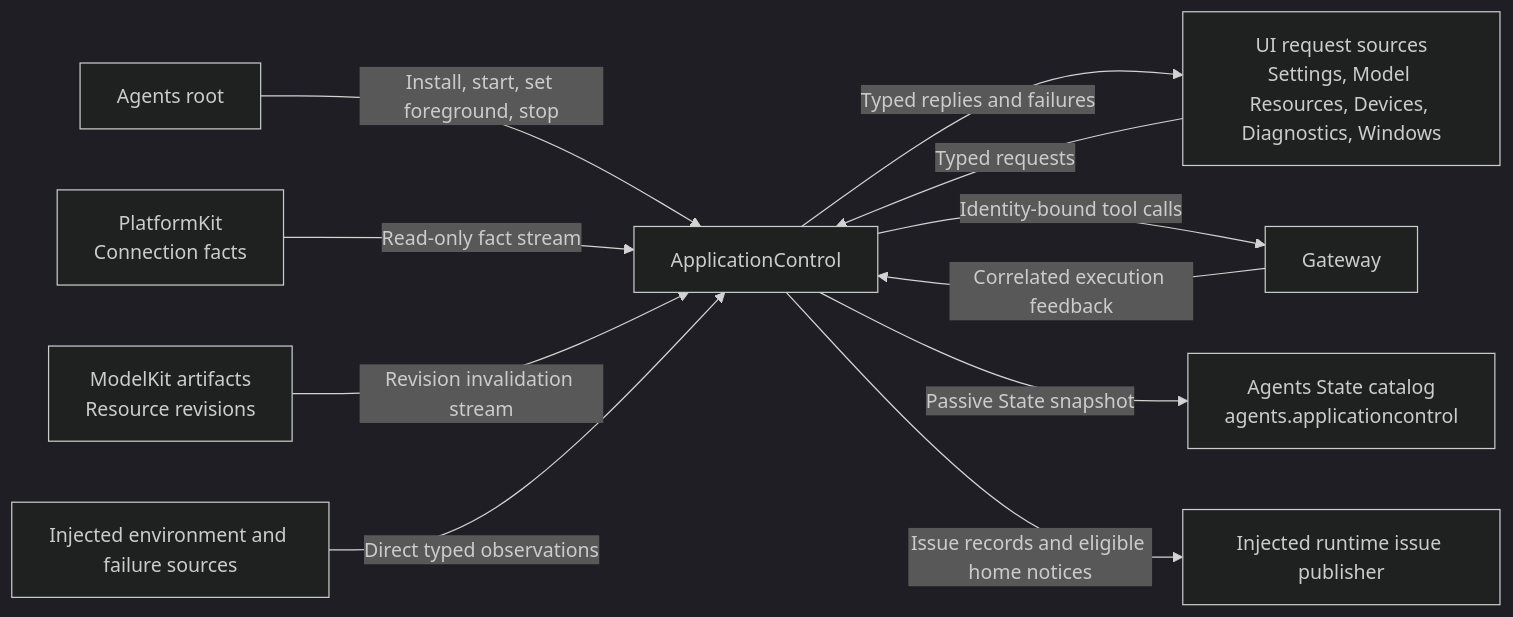
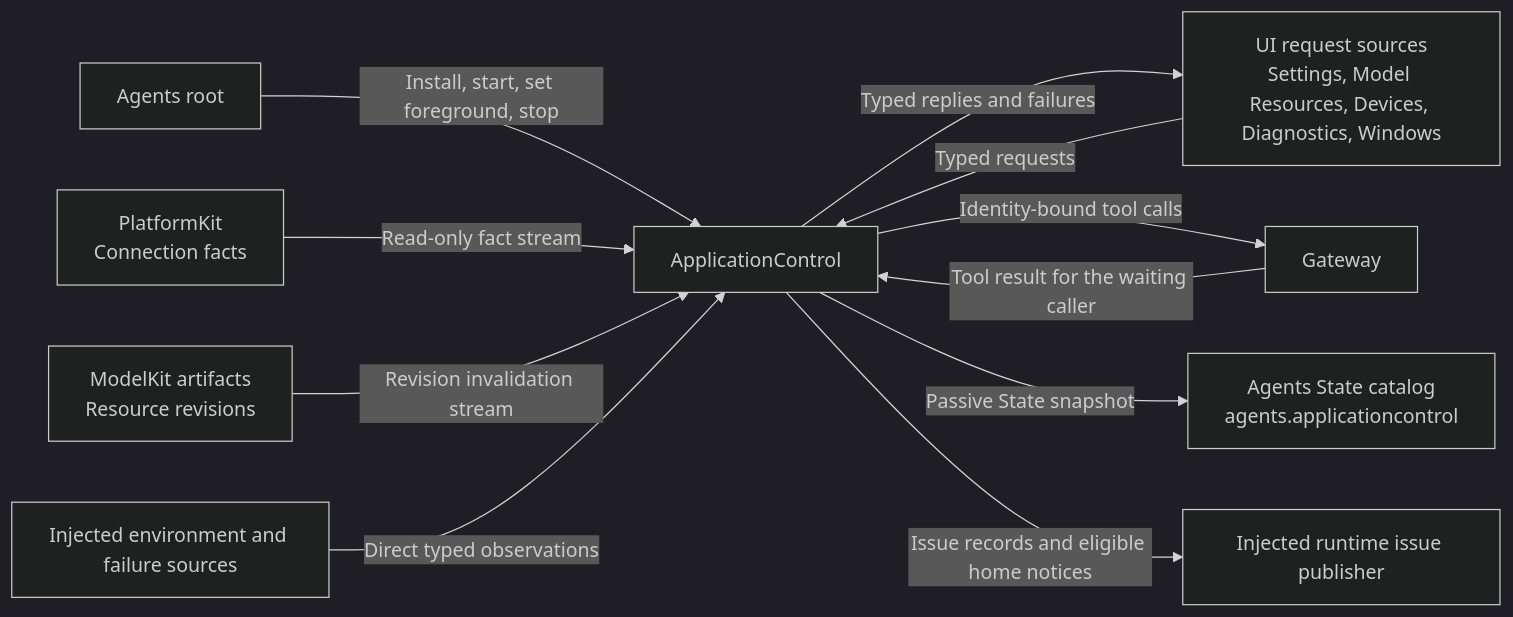
Before and after one commit to devilyouwei/MobileHarness: the first of 2 diagrams in MobileHarness/Agents/ApplicationControl/README.md, drawn with Mermaid (dark theme). The commit also changed other lines of this file and 63 other files, not shown here.

````diff
--- a/MobileHarness/Agents/ApplicationControl/README.md
+++ b/MobileHarness/Agents/ApplicationControl/README.md
@@ -9,23 +9,23 @@
 ```mermaid
 flowchart LR
     Host["Agents root"]
     UI["UI request sources<br/>Settings, Model Resources, Devices, Diagnostics, Windows"]
     Platform["PlatformKit<br/>Connection facts"]
     Model["ModelKit artifacts<br/>Resource revisions"]
     Runtime["Injected environment and failure sources"]
     Control["ApplicationControl"]
     Gateway["Gateway"]
     Readers["Agents State catalog<br/>agents.applicationcontrol"]
     Issues["Injected runtime issue publisher"]
 
     Host -->|"Install, start, set foreground, stop"| Control
     UI -->|"Typed requests"| Control
     Control -->|"Typed replies and failures"| UI
     Platform -->|"Read-only fact stream"| Control
     Model -->|"Revision invalidation stream"| Control
     Runtime -->|"Direct typed observations"| Control
     Control -->|"Identity-bound tool calls"| Gateway
-    Gateway -->|"Correlated execution feedback"| Control
+    Gateway -->|"Tool result for the waiting caller"| Control
     Control -->|"Passive State snapshot"| Readers
     Control -->|"Issue records and eligible home notices"| Issues
 ```
````
